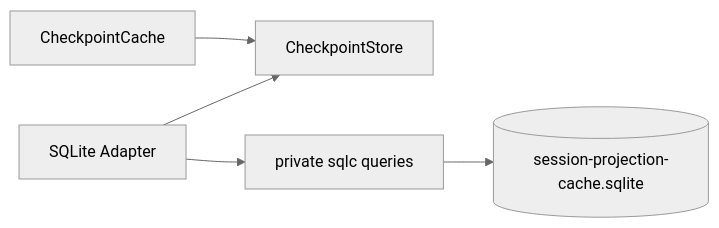
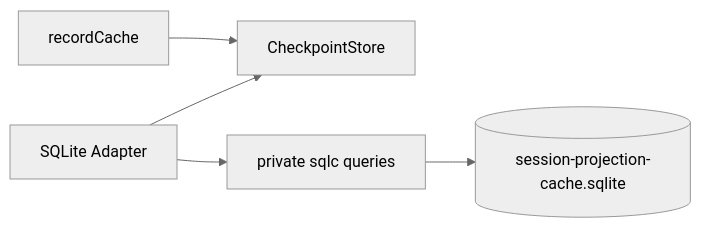
Before and after one commit to gorenx/goren: the diagram in session/projectioncache/sqlite/README.zh-CN.md, drawn with Mermaid (neutral theme). The commit also changed other lines of this file and 4 other files, not shown here.

````diff
--- a/session/projectioncache/sqlite/README.zh-CN.md
+++ b/session/projectioncache/sqlite/README.zh-CN.md
@@ -5,7 +5,7 @@
 ```mermaid
 flowchart LR
-    Cache[CheckpointCache] --> Port[CheckpointStore]
+    Cache[recordCache] --> Port[CheckpointStore]
     Adapter[SQLite Adapter] --> Port
     Adapter --> SQLC[private sqlc queries]
     SQLC --> DB[(session-projection-cache.sqlite)]
 ```
````
